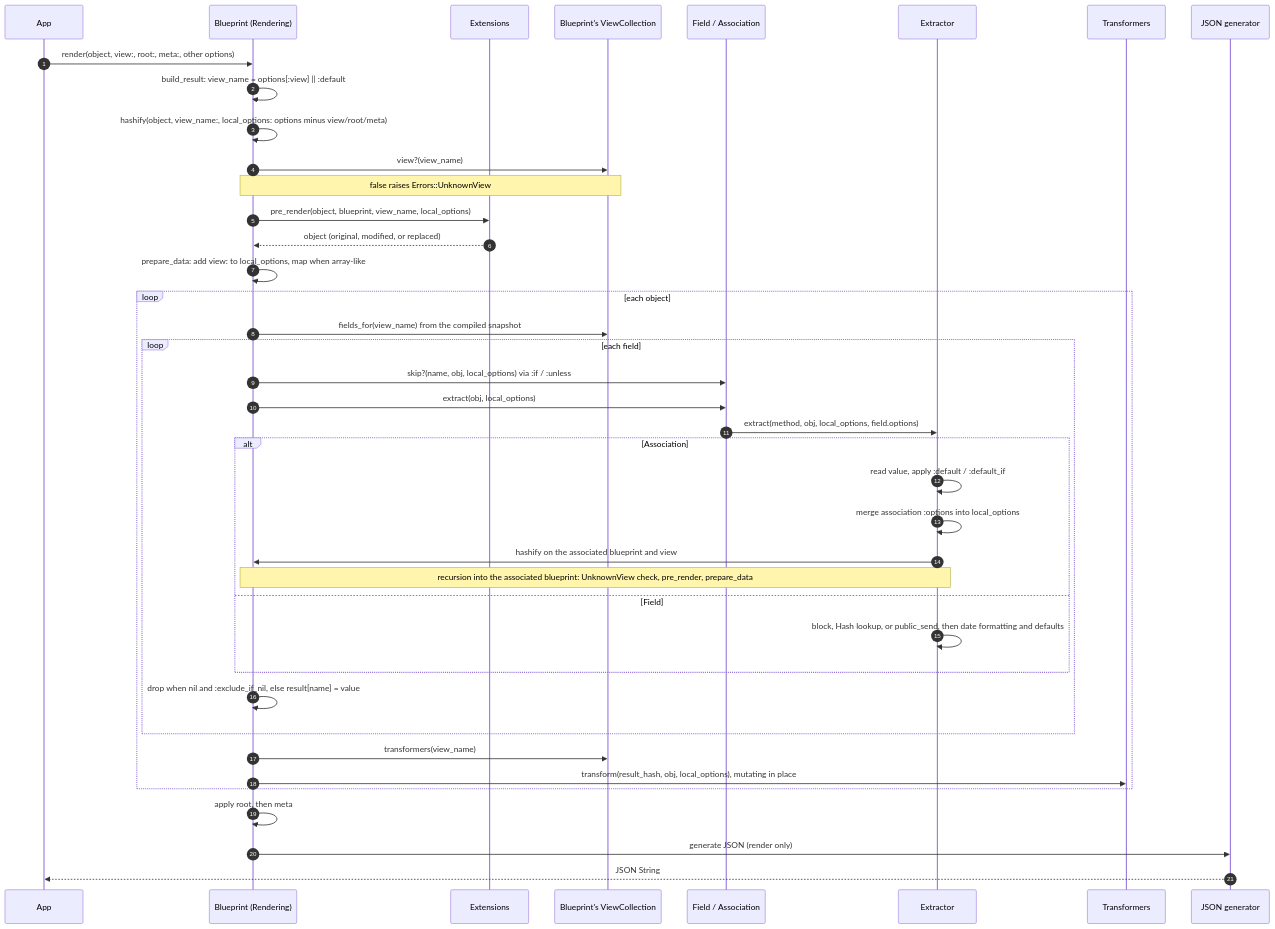
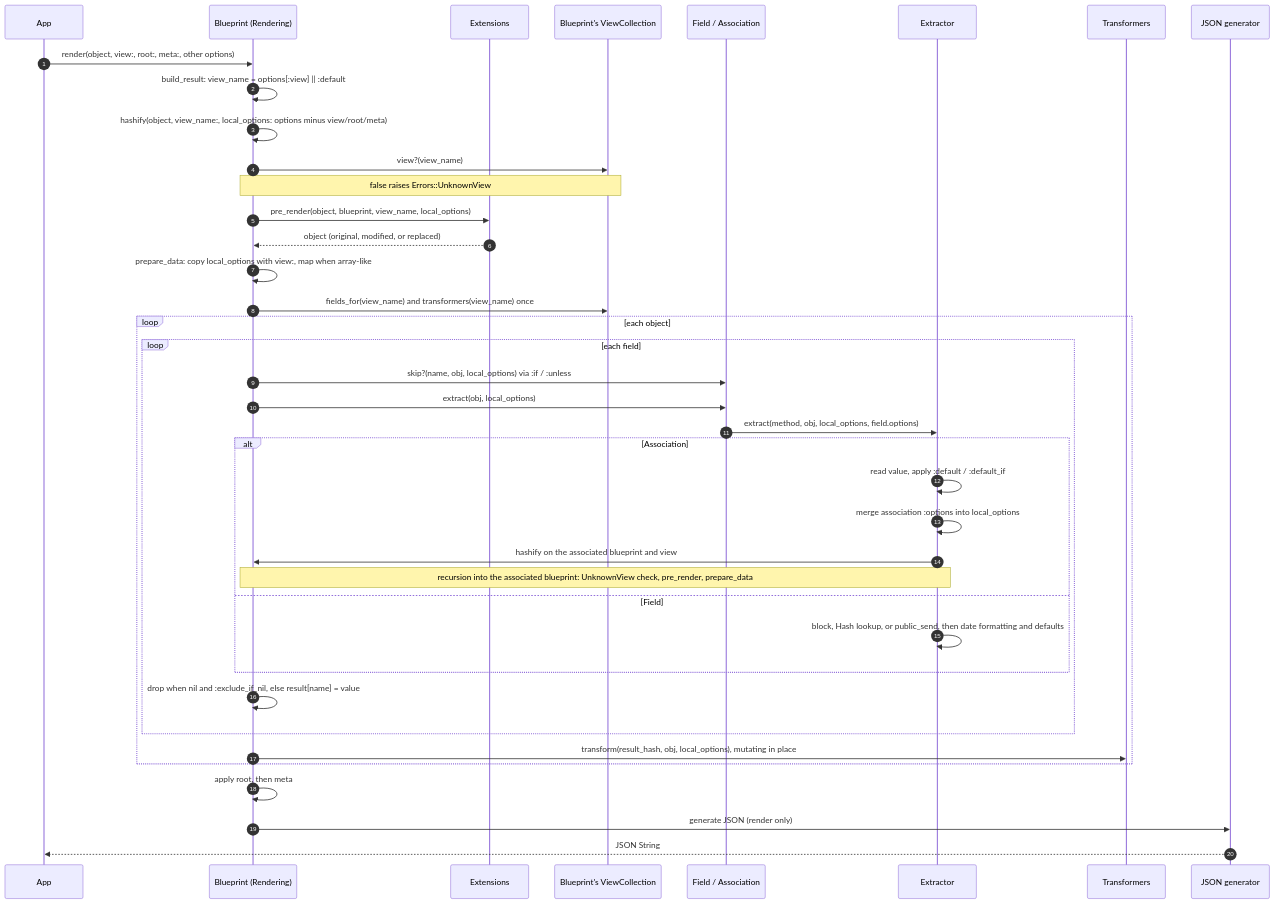
One commit to procore-oss/blueprinter changed the first of 3 diagrams in docs/architecture.md. Above: the diagram before and after it, drawn with Mermaid. The commit also changed other lines of this file and 3 other files, not shown here.

````diff
--- a/docs/architecture.md
+++ b/docs/architecture.md
@@ -72,43 +72,42 @@
 ```mermaid
 sequenceDiagram
   autonumber
   participant App
   participant B as Blueprint (Rendering)
   participant Ext as Extensions
   participant VC as Blueprint's ViewCollection
   participant F as Field / Association
   participant X as Extractor
   participant T as Transformers
   participant G as JSON generator
 
   App->>B: render(object, view:, root:, meta:, other options)
   B->>B: build_result: view_name = options[:view] || :default
   B->>B: hashify(object, view_name:, local_options: options minus view/root/meta)
   B->>VC: view?(view_name)
   Note over B,VC: false raises Errors::UnknownView
   B->>Ext: pre_render(object, blueprint, view_name, local_options)
   Ext-->>B: object (original, modified, or replaced)
-  B->>B: prepare_data: add view: to local_options, map when array-like
+  B->>B: prepare_data: copy local_options with view:, map when array-like
+  B->>VC: fields_for(view_name) and transformers(view_name) once
   loop each object
-    B->>VC: fields_for(view_name) from the compiled snapshot
     loop each field
       B->>F: skip?(name, obj, local_options) via :if / :unless
       B->>F: extract(obj, local_options)
       F->>X: extract(method, obj, local_options, field.options)
       alt Association
         X->>X: read value, apply :default / :default_if
         X->>X: merge association :options into local_options
         X->>B: hashify on the associated blueprint and view
         Note over X,B: recursion into the associated blueprint: UnknownView check, pre_render, prepare_data
       else Field
         X->>X: block, Hash lookup, or public_send, then date formatting and defaults
       end
       B->>B: drop when nil and :exclude_if_nil, else result[name] = value
     end
-    B->>VC: transformers(view_name)
     B->>T: transform(result_hash, obj, local_options), mutating in place
   end
   B->>B: apply root, then meta
   B->>G: generate JSON (render only)
   G-->>App: JSON String
 ```
````
